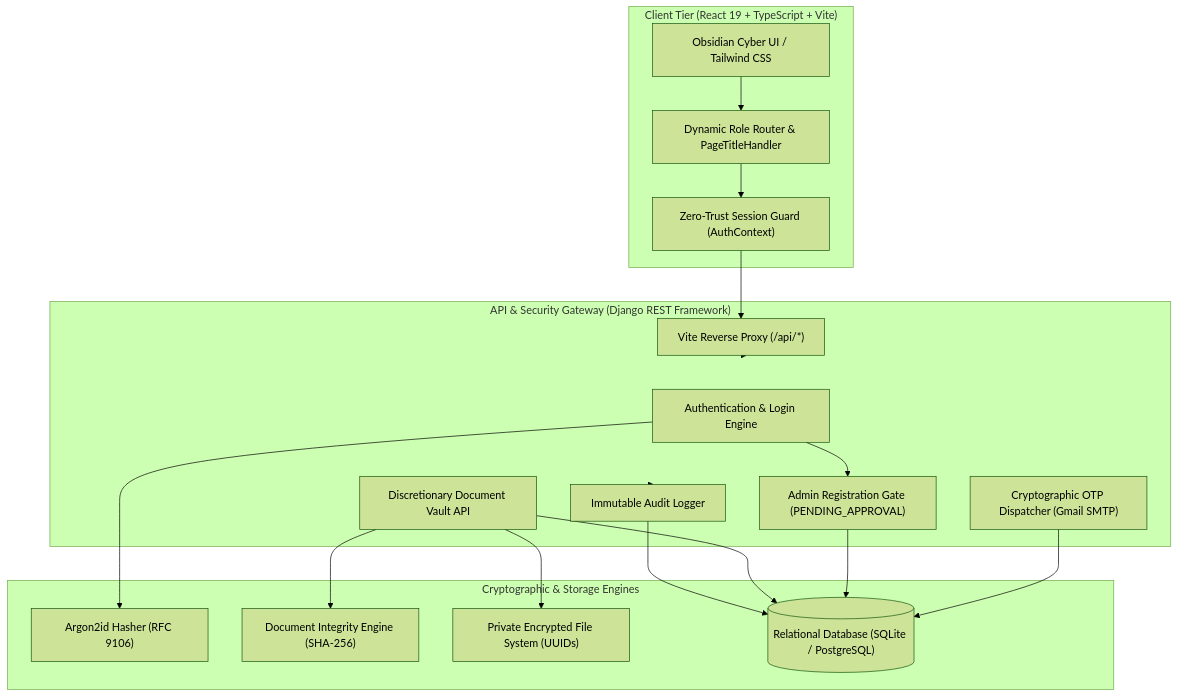
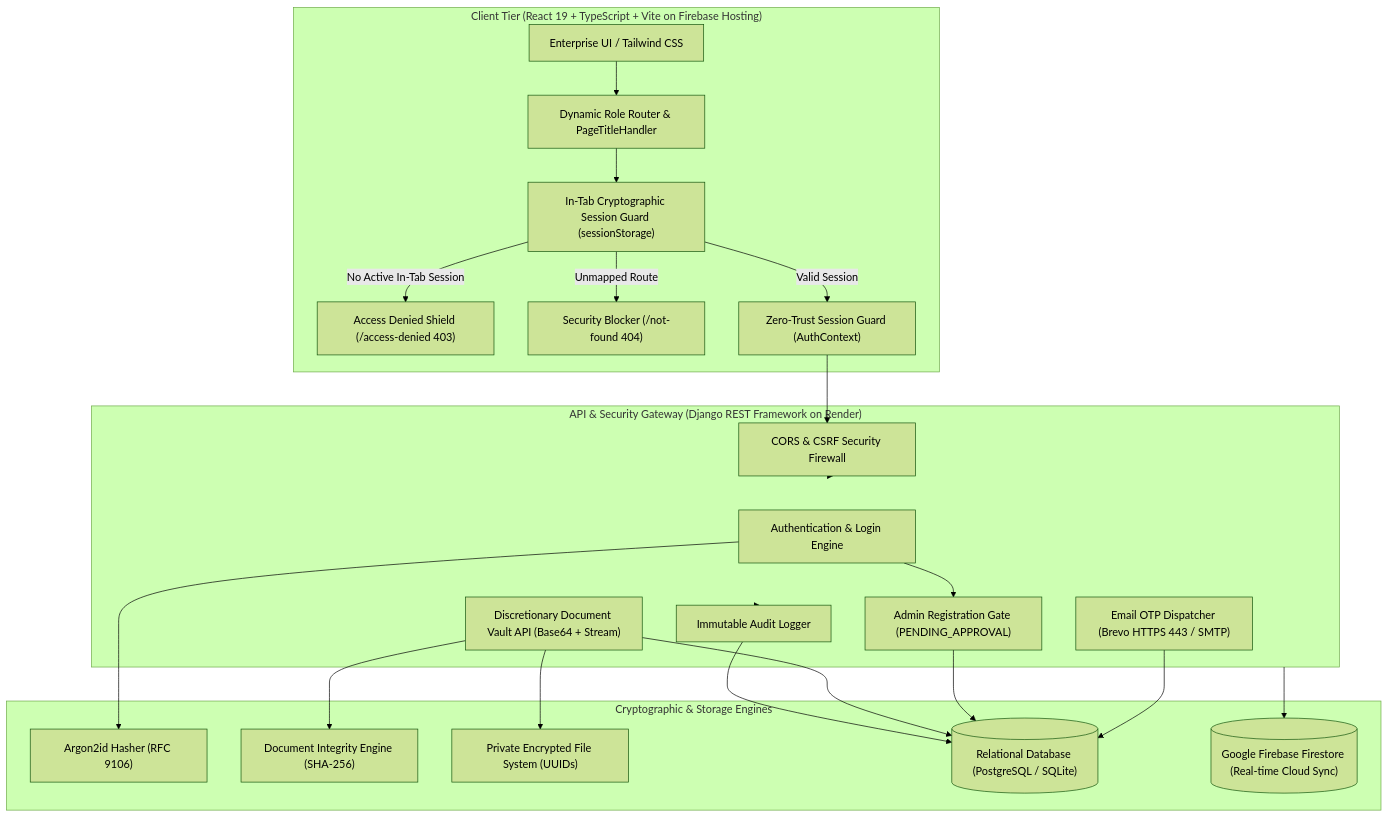
One commit to Maneesh724/TrustVault changed the diagram in README.md. Above: the diagram before and after it, drawn with Mermaid (forest theme). The commit also changed other lines of this file and 6 other files, not shown here.

Commit message:
Update README, PROMPTS, THREATS documentation; enhance Brevo API & SMTP configuration

````diff
--- a/README.md
+++ b/README.md
@@ -78,38 +96,46 @@
 ```mermaid
 flowchart TD
-    subgraph Client["Client Tier (React 19 + TypeScript + Vite)"]
-        UI["Obsidian Cyber UI / Tailwind CSS"]
+    subgraph Client["Client Tier (React 19 + TypeScript + Vite on Firebase Hosting)"]
+        UI["Enterprise UI / Tailwind CSS"]
         Router["Dynamic Role Router & PageTitleHandler"]
+        SessionGuard["In-Tab Cryptographic Session Guard (sessionStorage)"]
+        AccessDenied["Access Denied Shield (/access-denied 403)"]
+        NotFound["Security Blocker (/not-found 404)"]
         AuthCtx["Zero-Trust Session Guard (AuthContext)"]
     end
 
-    subgraph Gateway["API & Security Gateway (Django REST Framework)"]
-        Proxy["Vite Reverse Proxy (/api/*)"]
+    subgraph CloudGateway["API & Security Gateway (Django REST Framework on Render)"]
+        CorsProxy["CORS & CSRF Security Firewall"]
         AuthView["Authentication & Login Engine"]
-        OTPView["Cryptographic OTP Dispatcher (Gmail SMTP)"]
+        OTPView["Email OTP Dispatcher (Brevo HTTPS 443 / SMTP)"]
         ApprovalGate["Admin Registration Gate (PENDING_APPROVAL)"]
-        DocView["Discretionary Document Vault API"]
+        DocView["Discretionary Document Vault API (Base64 + Stream)"]
         AuditView["Immutable Audit Logger"]
     end
 
     subgraph Security["Cryptographic & Storage Engines"]
         Argon2["Argon2id Hasher (RFC 9106)"]
         SHA256["Document Integrity Engine (SHA-256)"]
         VaultStorage["Private Encrypted File System (UUIDs)"]
-        Database[("Relational Database (SQLite / PostgreSQL)")]
+        Database[("Relational Database (PostgreSQL / SQLite)")]
+        Firestore[("Google Firebase Firestore (Real-time Cloud Sync)")]
     end
 
     UI --> Router
-    Router --> AuthCtx
-    AuthCtx --> Proxy
-    Proxy --> Gateway
+    Router --> SessionGuard
+    SessionGuard -- "No Active In-Tab Session" --> AccessDenied
+    SessionGuard -- "Unmapped Route" --> NotFound
+    SessionGuard -- "Valid Session" --> AuthCtx
+    AuthCtx --> CorsProxy
+    CorsProxy --> CloudGateway
     OTPView --> Database
     AuthView --> Argon2
     AuthView --> ApprovalGate
     ApprovalGate --> Database
     DocView --> SHA256
     DocView --> VaultStorage
     DocView --> Database
-    Gateway --> AuditView
+    CloudGateway --> Firestore
+    CloudGateway --> AuditView
     AuditView --> Database
 ```
````
